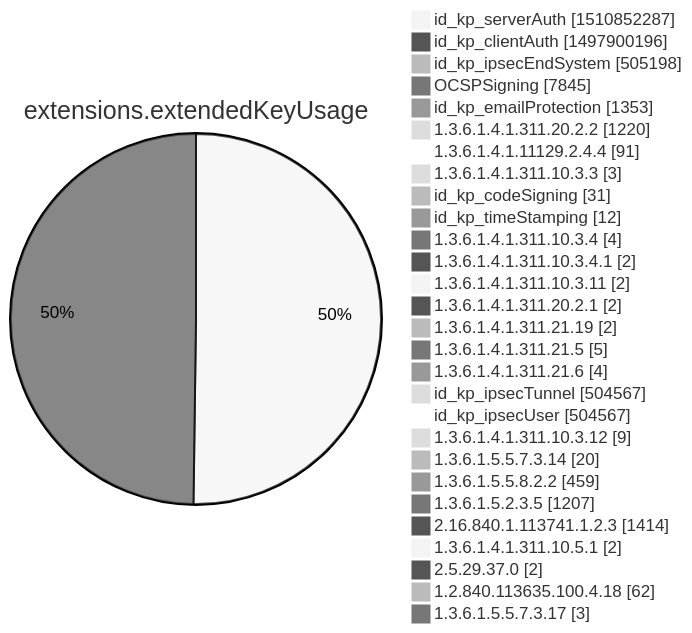
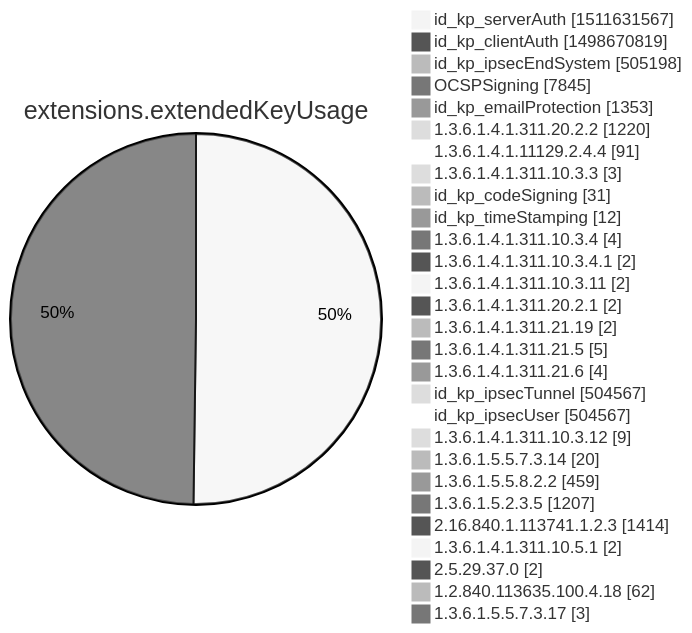
Before and after one commit to christiankrug/ctmonitor_visualization: diagram 12 of 15 in xenon2022/README.md, drawn with Mermaid (neutral theme). The commit also changed other lines of this file, not shown here.

````diff
--- a/xenon2022/README.md
+++ b/xenon2022/README.md
@@ -3877,32 +3877,32 @@
 ```mermaid
 pie showData
 title extensions.extendedKeyUsage
-"id_kp_serverAuth" :1510852287
-"id_kp_clientAuth" :1497900196
+"id_kp_serverAuth" :1511631567
+"id_kp_clientAuth" :1498670819
 "id_kp_ipsecEndSystem" :505198
 "OCSPSigning" :7845
 "id_kp_emailProtection" :1353
 "1.3.6.1.4.1.311.20.2.2" :1220
 "1.3.6.1.4.1.11129.2.4.4" :91
 "1.3.6.1.4.1.311.10.3.3" :3
 "id_kp_codeSigning" :31
 "id_kp_timeStamping" :12
 "1.3.6.1.4.1.311.10.3.4" :4
 "1.3.6.1.4.1.311.10.3.4.1" :2
 "1.3.6.1.4.1.311.10.3.11" :2
 "1.3.6.1.4.1.311.20.2.1" :2
 "1.3.6.1.4.1.311.21.19" :2
 "1.3.6.1.4.1.311.21.5" :5
 "1.3.6.1.4.1.311.21.6" :4
 "id_kp_ipsecTunnel" :504567
 "id_kp_ipsecUser" :504567
 "1.3.6.1.4.1.311.10.3.12" :9
 "1.3.6.1.5.5.7.3.14" :20
 "1.3.6.1.5.5.8.2.2" :459
 "1.3.6.1.5.2.3.5" :1207
 "2.16.840.1.113741.1.2.3" :1414
 "1.3.6.1.4.1.311.10.5.1" :2
 "2.5.29.37.0" :2
 "1.2.840.113635.100.4.18" :62
 "1.3.6.1.5.5.7.3.17" :3
 ```
````
